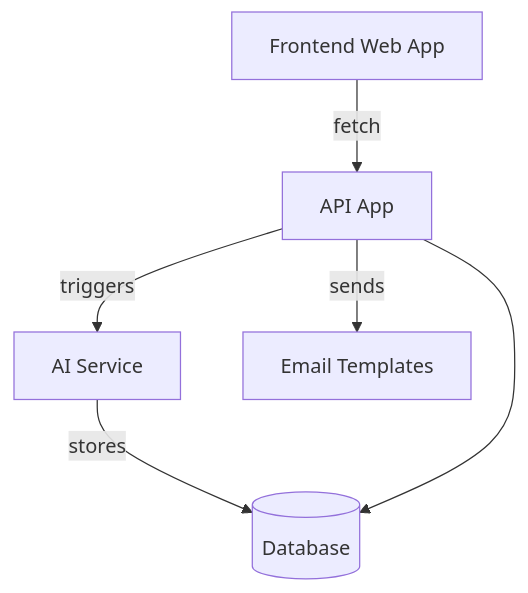
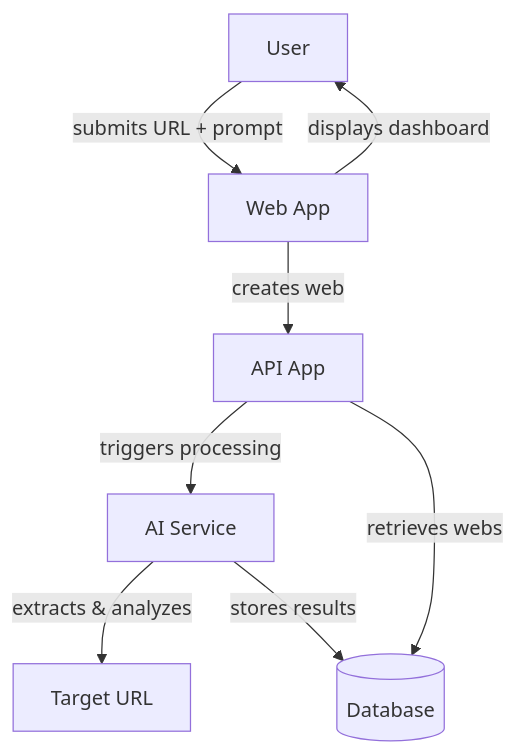
Before and after one commit to lnittman/webs-xyz: the diagram in docs/architecture/overview.md, drawn with Mermaid. The commit also changed other lines of this file and 176 other files, not shown here.

````diff
--- a/docs/architecture/overview.md
+++ b/docs/architecture/overview.md
@@ -12,8 +18,10 @@
 ```mermaid
 graph TD
-  App[Frontend Web App] -->|fetch| API[API App]
-  API -->|triggers| AI[AI Service]
-  API -->|sends| Email[Email Templates]
-  AI -->|stores| DB[(Database)]
-  API --> DB
+  User[User] -->|submits URL + prompt| App[Web App]
+  App -->|creates web| API[API App]
+  API -->|triggers processing| AI[AI Service]
+  AI -->|extracts & analyzes| URL[Target URL]
+  AI -->|stores results| DB[(Database)]
+  API -->|retrieves webs| DB
+  App -->|displays dashboard| User
 ```
````
